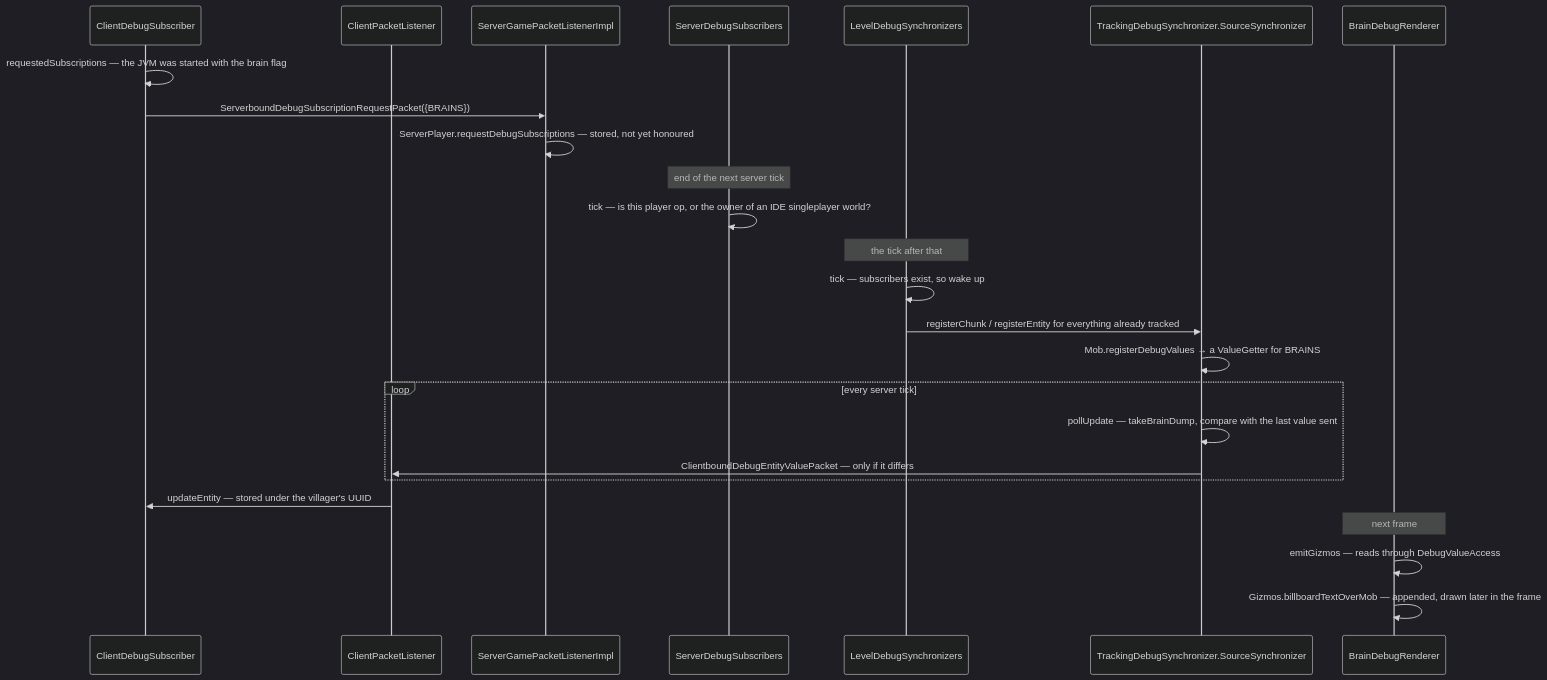
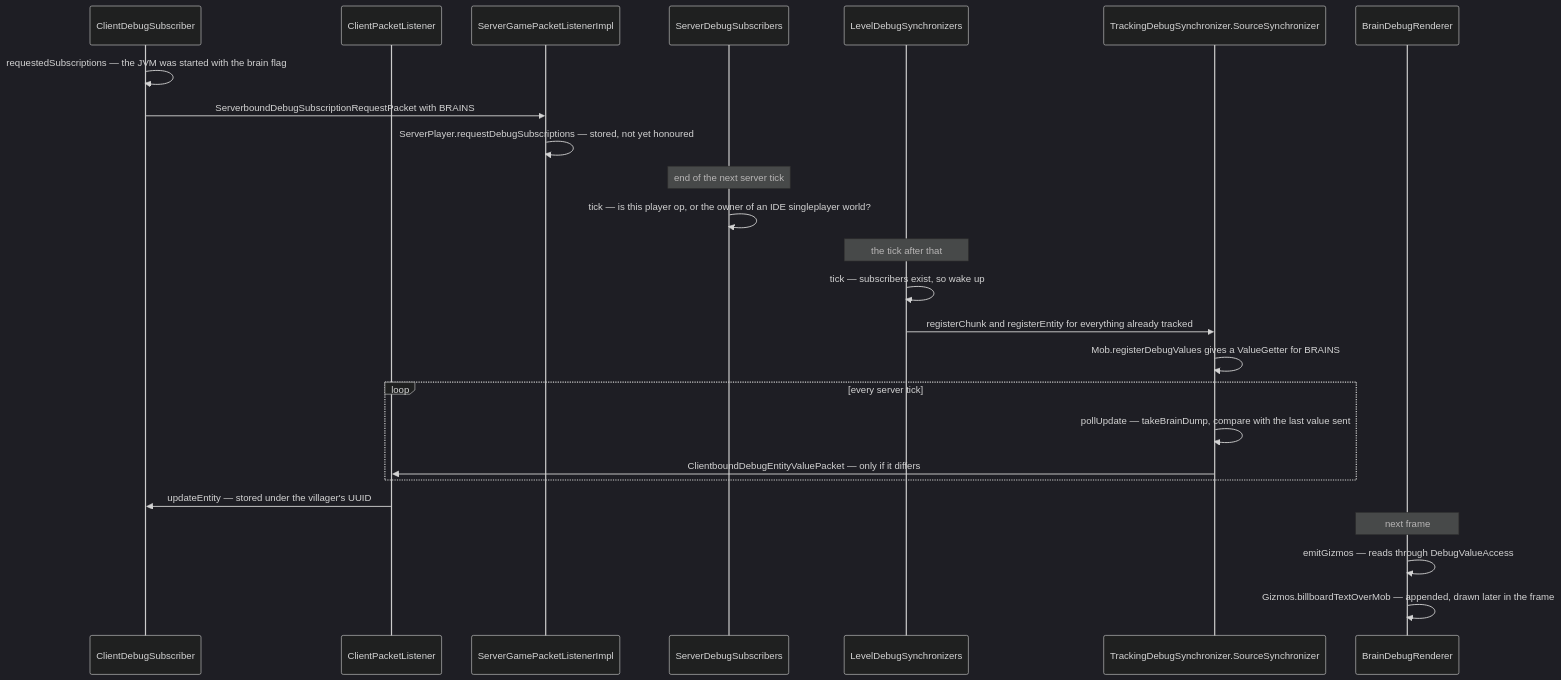
The diagram in src/systems/client/debugging-the-running-game.md (AlexanderjFraser/MinecraftDocs), drawn with Mermaid (dark theme) before and after one commit. The commit also changed other lines of this file and 27 other files, not shown here.

````diff
--- a/src/systems/client/debugging-the-running-game.md
+++ b/src/systems/client/debugging-the-running-game.md
@@ -95,28 +86,28 @@
 ```mermaid
 sequenceDiagram
     participant CDS as ClientDebugSubscriber
     participant CPL as ClientPacketListener
     participant SGPL as ServerGamePacketListenerImpl
     participant SDS as ServerDebugSubscribers
     participant LDS as LevelDebugSynchronizers
-    participant SS as TrackingDebugSynchronizer.SourceSynchronizer
+    participant TDSS as TrackingDebugSynchronizer.SourceSynchronizer
     participant BDR as BrainDebugRenderer
 
     CDS->>CDS: requestedSubscriptions — the JVM was started with the brain flag
-    CDS->>SGPL: ServerboundDebugSubscriptionRequestPacket({BRAINS})
+    CDS->>SGPL: ServerboundDebugSubscriptionRequestPacket with BRAINS
     SGPL->>SGPL: ServerPlayer.requestDebugSubscriptions — stored, not yet honoured
     Note over SDS: end of the next server tick
     SDS->>SDS: tick — is this player op, or the owner of an IDE singleplayer world?
     Note over LDS: the tick after that
     LDS->>LDS: tick — subscribers exist, so wake up
-    LDS->>SS: registerChunk / registerEntity for everything already tracked
-    SS->>SS: Mob.registerDebugValues → a ValueGetter for BRAINS
+    LDS->>TDSS: registerChunk and registerEntity for everything already tracked
+    TDSS->>TDSS: Mob.registerDebugValues gives a ValueGetter for BRAINS
     loop every server tick
-        SS->>SS: pollUpdate — takeBrainDump, compare with the last value sent
-        SS->>CPL: ClientboundDebugEntityValuePacket — only if it differs
+        TDSS->>TDSS: pollUpdate — takeBrainDump, compare with the last value sent
+        TDSS->>CPL: ClientboundDebugEntityValuePacket — only if it differs
     end
     CPL->>CDS: updateEntity — stored under the villager's UUID
     Note over BDR: next frame
     BDR->>BDR: emitGizmos — reads through DebugValueAccess
     BDR->>BDR: Gizmos.billboardTextOverMob — appended, drawn later in the frame
 ```
````
